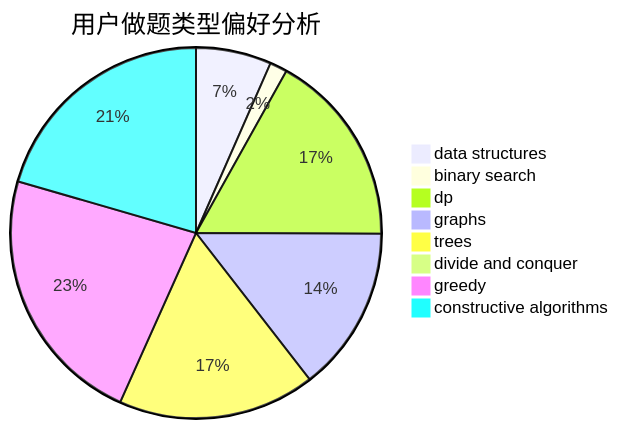
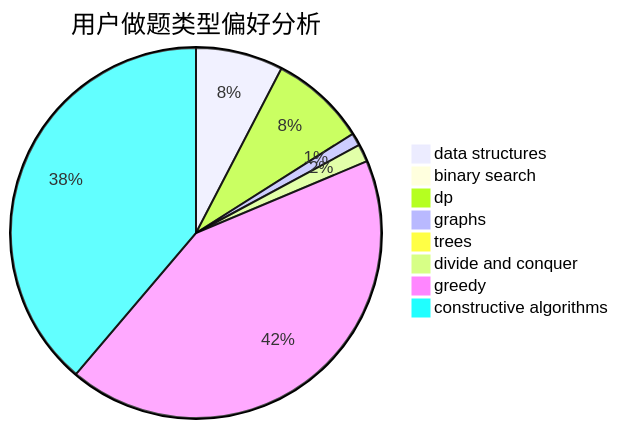
Before and after one commit to sherpahu/cfrs.github.io: the second of 3 diagrams in docs/user/u99.md, drawn with Mermaid. The commit also changed other lines of this file and 2770 other files, not shown here.

````diff
--- a/docs/user/u99.md
+++ b/docs/user/u99.md
@@ -23,11 +23,11 @@
 ```mermaid
 pie title 用户做题类型偏好分析
-    "data structures" :  26
-    "binary search" :  6
-    "dp" :  67
-    "graphs" :  57
-    "trees" :  68
-    "divide and conquer" :  0
-    "greedy" :  90
-    "constructive algorithms" :  81
+    "data structures" :  69
+    "binary search" :  1
+    "dp" :  76
+    "graphs" :  10
+    "trees" :  8
+    "divide and conquer" :  14
+    "greedy" :  385
+    "constructive algorithms" :  351
 ```
````
